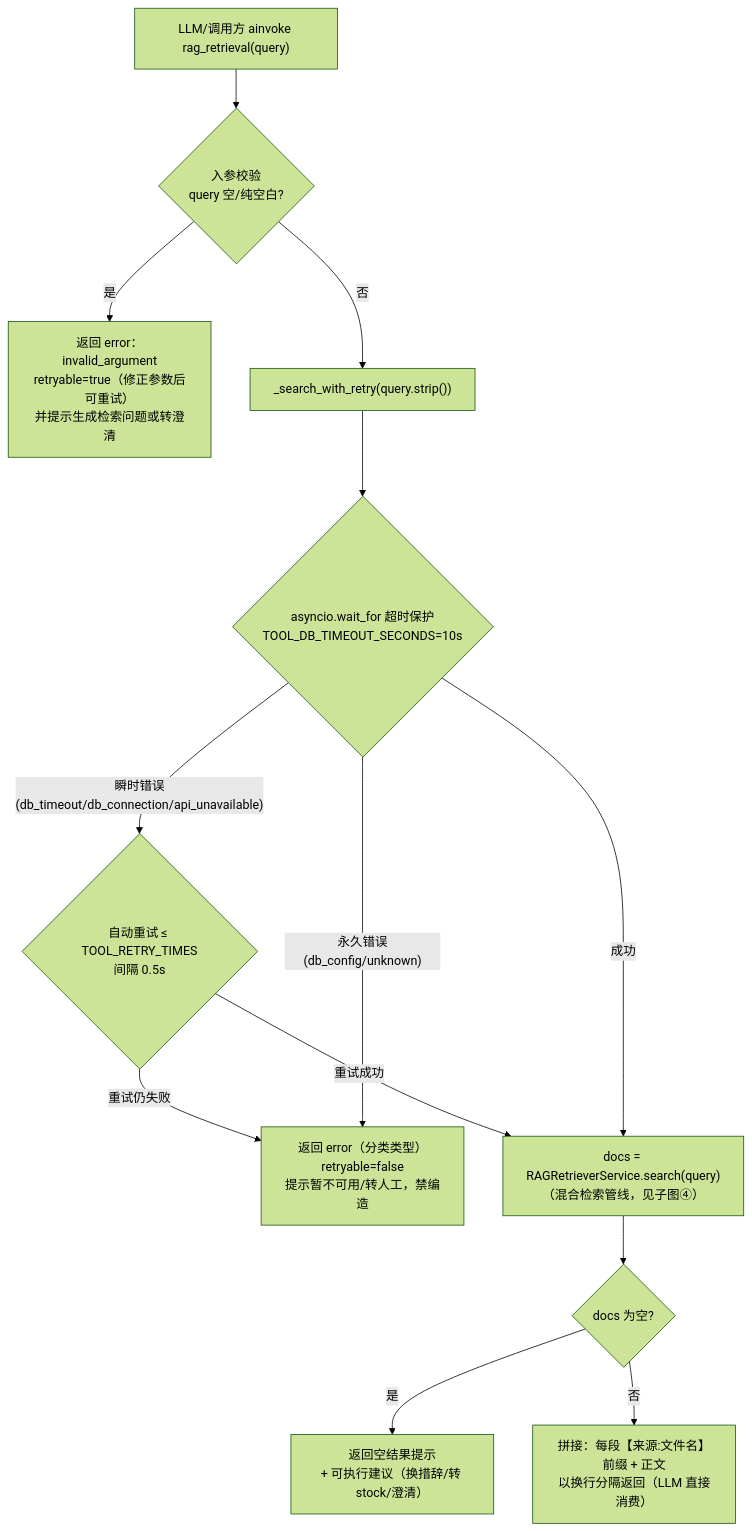
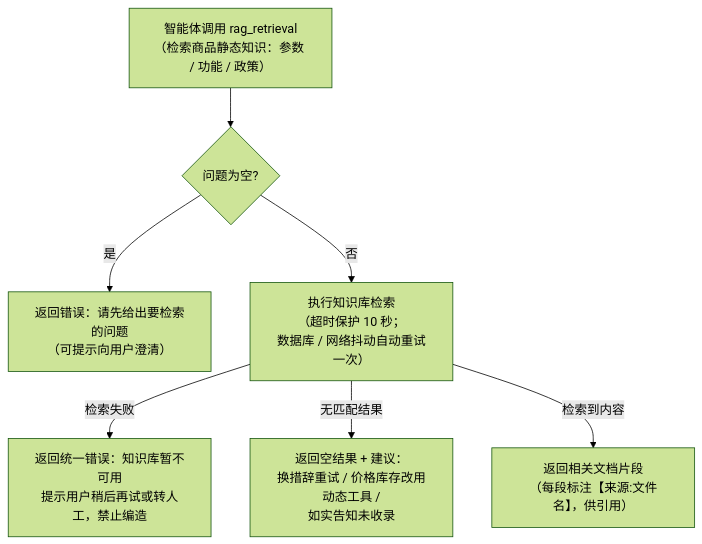
Before and after one commit to blowt16/SmartCS-Agent: diagram 13 of 35 in docs/PROJECT_ANALYSIS.md, drawn with Mermaid (forest theme). The commit also changed other lines of this file, not shown here.

Commit message:
[docs] PROJECT_ANALYSIS §4 流程图优化：全图节点加中文注释、主干化精简流程（22 张图重排 + 补 TimeoutGuard 运行图），保留关键代码实体括注，提升可读性

````diff
--- a/docs/PROJECT_ANALYSIS.md
+++ b/docs/PROJECT_ANALYSIS.md
@@ -552,15 +506,9 @@
 ```mermaid
 flowchart TD
-    A["LLM/调用方 ainvoke rag_retrieval(query)"] --> B{"入参校验<br/>query 空/纯空白?"}
-    B -->|"是"| E1["返回 error：invalid_argument<br/>retryable=true（修正参数后可重试）<br/>并提示生成检索问题或转澄清"]
-    B -->|"否"| C["_search_with_retry(query.strip())"]
-    C --> D{"asyncio.wait_for 超时保护<br/>TOOL_DB_TIMEOUT_SECONDS=10s"}
-    D -->|"瞬时错误<br/>(db_timeout/db_connection/api_unavailable)"| R1{"自动重试 ≤ TOOL_RETRY_TIMES<br/>间隔 0.5s"}
-    R1 -->|"重试仍失败"| E2["返回 error（分类类型）<br/>retryable=false<br/>提示暂不可用/转人工，禁编造"]
-    D -->|"永久错误(db_config/unknown)"| E2
-    R1 -->|"重试成功"| OK
-    D -->|"成功"| OK["docs = RAGRetrieverService.search(query)<br/>（混合检索管线，见子图④）"]
-    OK --> EMPTY{"docs 为空?"}
-    EMPTY -->|"是"| E3["返回空结果提示<br/>+ 可执行建议（换措辞/转 stock/澄清）"]
-    EMPTY -->|"否"| OUT["拼接：每段【来源:文件名】前缀 + 正文<br/>以换行分隔返回（LLM 直接消费）"]
+    A["智能体调用 rag_retrieval<br/>（检索商品静态知识：参数 / 功能 / 政策）"] --> B{"问题为空?"}
+    B -->|"是"| E1["返回错误：请先给出要检索的问题<br/>（可提示向用户澄清）"]
+    B -->|"否"| C["执行知识库检索<br/>（超时保护 10 秒；<br/>数据库 / 网络抖动自动重试一次）"]
+    C -->|"检索失败"| E2["返回统一错误：知识库暂不可用<br/>提示用户稍后再试或转人工，禁止编造"]
+    C -->|"无匹配结果"| E3["返回空结果 + 建议：<br/>换措辞重试 / 价格库存改用动态工具 /<br/>如实告知未收录"]
+    C -->|"检索到内容"| OK["返回相关文档片段<br/>（每段标注【来源:文件名】，供引用）"]
 ```
````
